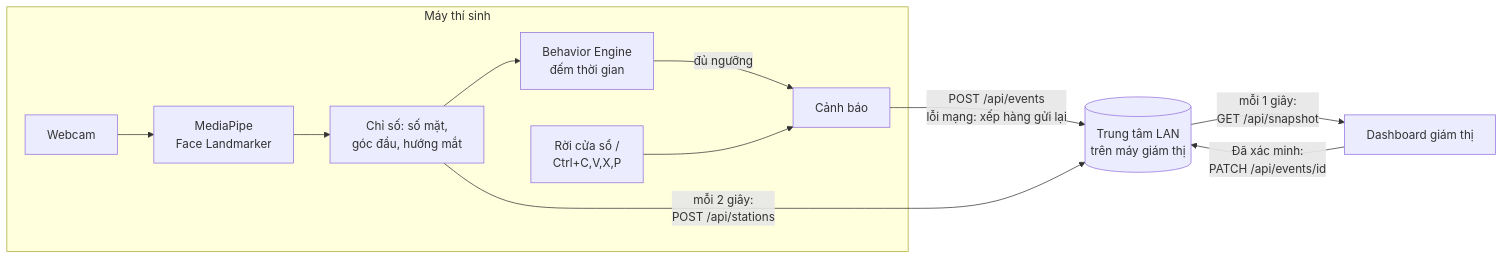
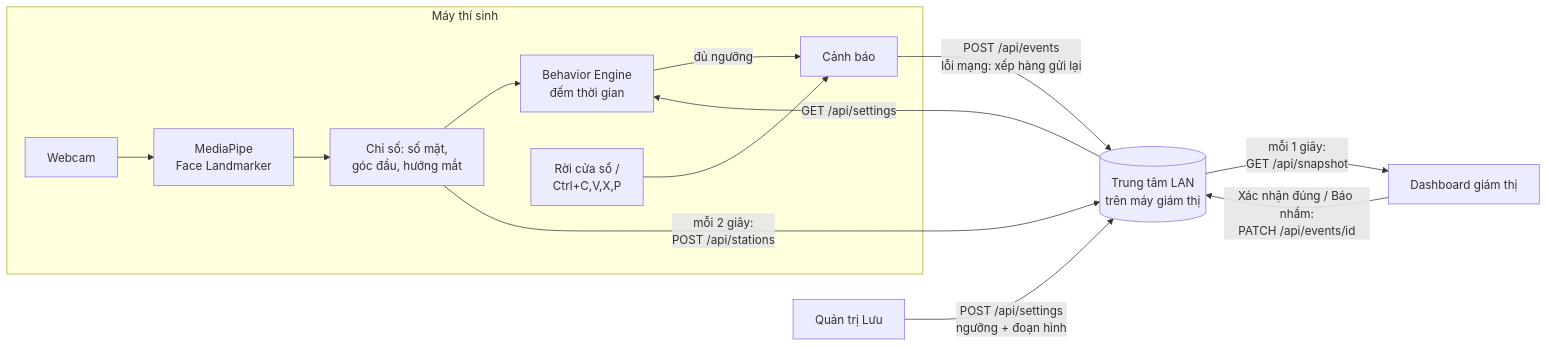
One commit to hieuduongt/AI-ExamGuard changed the first of 2 diagrams in docs/tong-quan.md. Above: the diagram before and after it, drawn with Mermaid. The commit also changed other lines of this file and 25 other files, not shown here.

````diff
--- a/docs/tong-quan.md
+++ b/docs/tong-quan.md
@@ -52,14 +52,16 @@
 ```mermaid
 flowchart LR
   subgraph May_thi_sinh["Máy thí sinh"]
     W[Webcam] --> M[MediaPipe<br/>Face Landmarker]
     M --> C[Chỉ số: số mặt,<br/>góc đầu, hướng mắt]
     C --> B[Behavior Engine<br/>đếm thời gian]
     B -->|đủ ngưỡng| E[Cảnh báo]
     K[Rời cửa sổ /<br/>Ctrl+C,V,X,P] --> E
   end
   E -->|POST /api/events<br/>lỗi mạng: xếp hàng gửi lại| H[(Trung tâm LAN<br/>trên máy giám thị)]
   C -->|mỗi 2 giây:<br/>POST /api/stations| H
   H -->|mỗi 1 giây:<br/>GET /api/snapshot| D[Dashboard giám thị]
-  D -->|Đã xác minh:<br/>PATCH /api/events/id| H
+  D -->|Xác nhận đúng / Báo nhầm:<br/>PATCH /api/events/id| H
+  A[Quản trị Lưu] -->|POST /api/settings<br/>ngưỡng + đoạn hình| H
+  H -->|GET /api/settings| B
 ```
````
